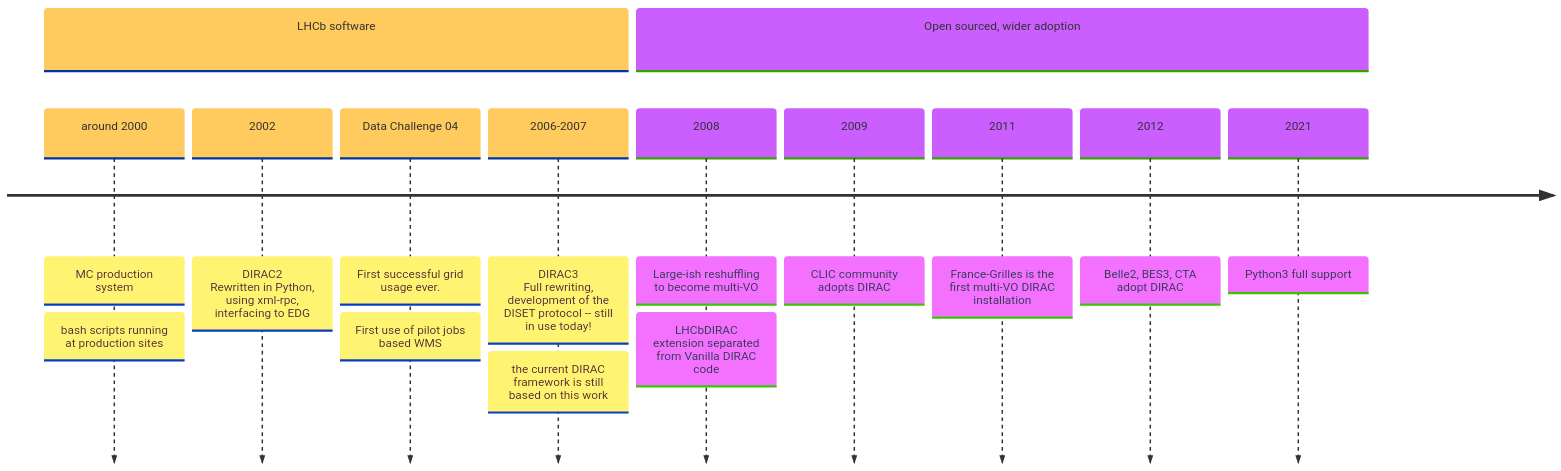
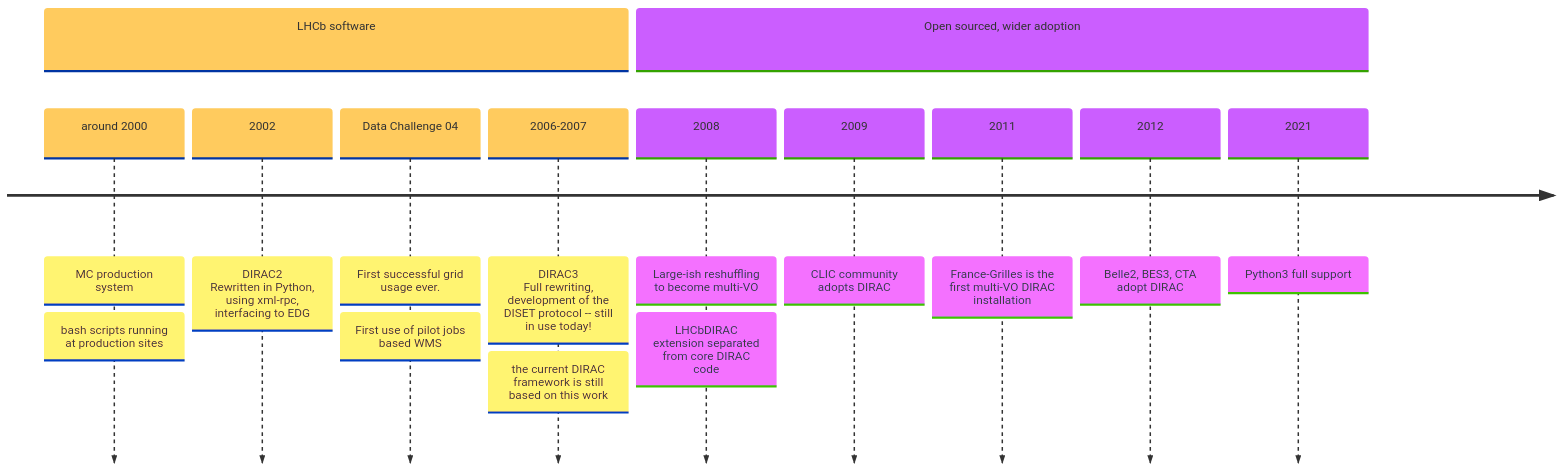
The first of 7 diagrams in slides.md (Soap2G/atlas-opendata-infrastructure), drawn with Mermaid before and after one commit. The commit also changed other lines of this file, not shown here.

````diff
--- a/slides.md
+++ b/slides.md
@@ -153,18 +153,18 @@
 ```mermaid
 %%{init: {'theme': 'base', 'timeline': {'disableMulticolor': true}}}%%
 timeline
         section LHCb software
           around 2000 : MC production system: bash scripts running at production sites
           2002 : DIRAC2 <br> Rewritten in Python, using xml-rpc, interfacing to EDG
           Data Challenge 04 : First successful grid usage ever.
                             : First use of pilot jobs based WMS
           2006-2007 : DIRAC3<br> Full rewriting, development of the DISET protocol -- still in use today!
                     : the current DIRAC framework is still based on this work
         section Open sourced, wider adoption
           2008 : Large-ish reshuffling to become multi-VO
-               : LHCbDIRAC extension separated from Vanilla DIRAC code
+               : LHCbDIRAC extension separated from core DIRAC code
           2009 : CLIC community adopts DIRAC
           2011 : France-Grilles is the first multi-VO DIRAC installation
           2012 : Belle2, BES3, CTA adopt DIRAC
           2021 : Python3 full support
 ```
````
